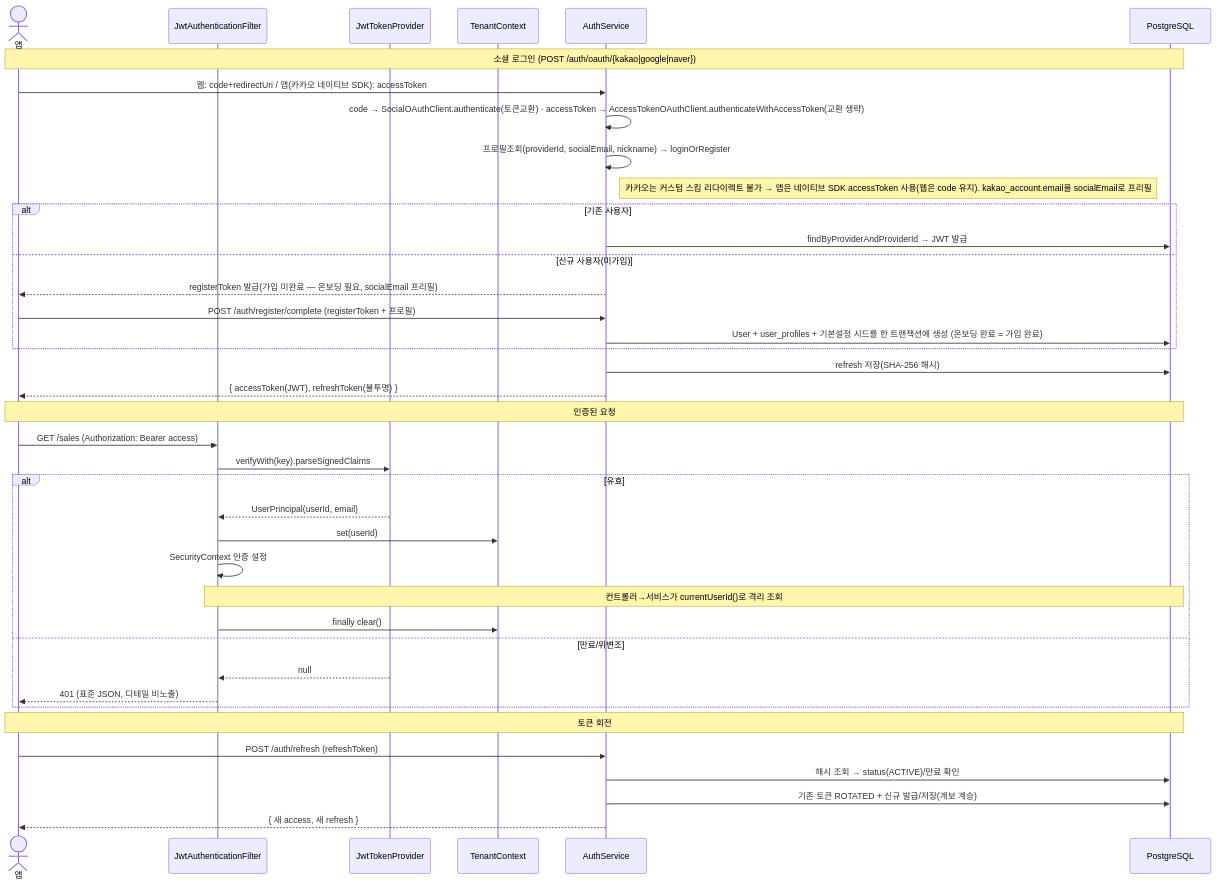
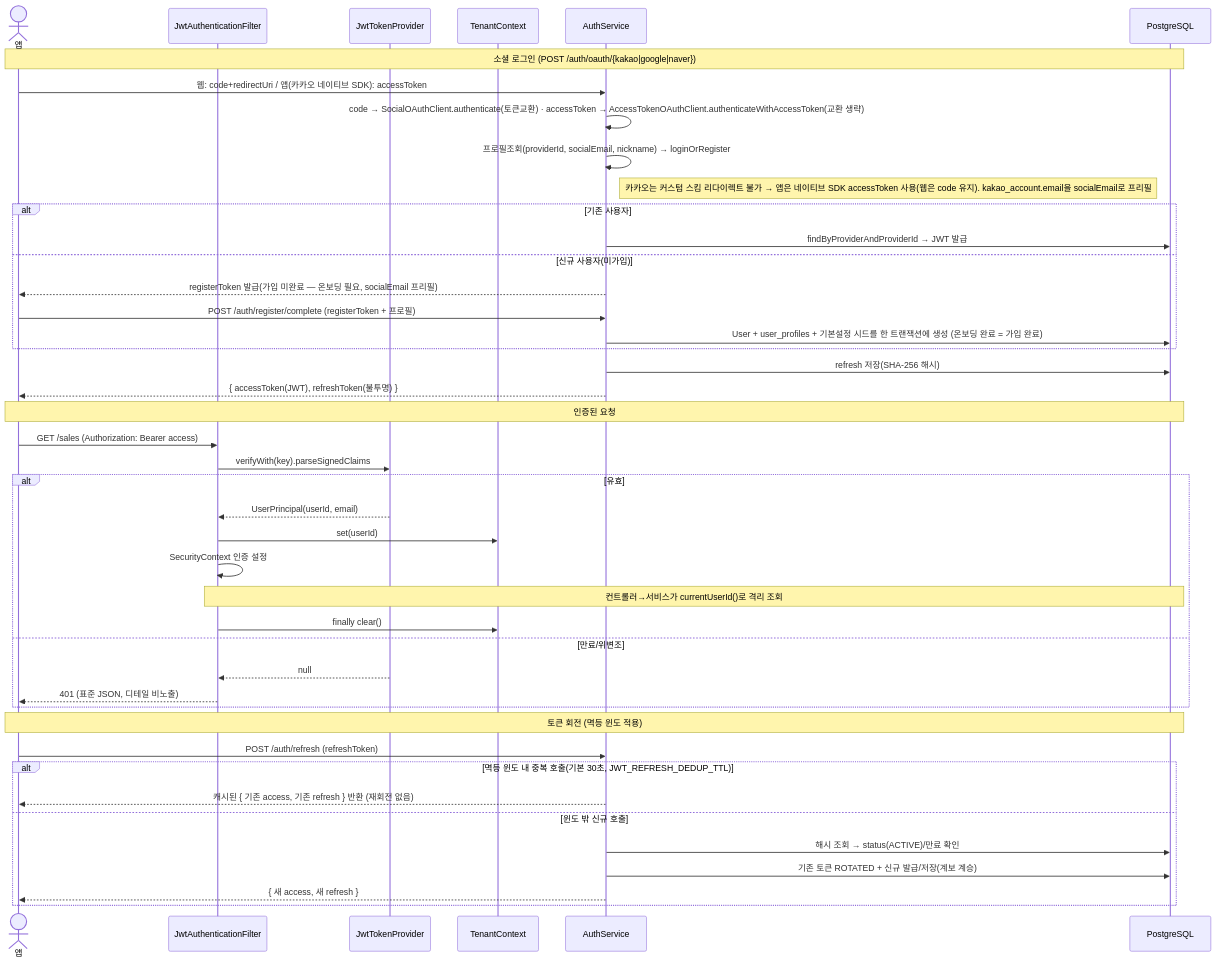
Before and after one commit to flori-ai-kr/api: the fourth of 10 diagrams in docs/ARCHITECTURE.md, drawn with Mermaid. The commit also changed other lines of this file and 9 other files, not shown here.

````diff
--- a/docs/ARCHITECTURE.md
+++ b/docs/ARCHITECTURE.md
@@ -273,44 +273,48 @@
 ```mermaid
 sequenceDiagram
     actor U as 앱
     participant F as JwtAuthenticationFilter
     participant TP as JwtTokenProvider
     participant TC as TenantContext
     participant AS as AuthService
     participant DB as PostgreSQL
 
     Note over U,DB: 소셜 로그인 (POST /auth/oauth/{kakao|google|naver})
     U->>AS: 웹: code+redirectUri / 앱(카카오 네이티브 SDK): accessToken
     AS->>AS: code → SocialOAuthClient.authenticate(토큰교환) · accessToken → AccessTokenOAuthClient.authenticateWithAccessToken(교환 생략)
     AS->>AS: 프로필조회(providerId, socialEmail, nickname) → loginOrRegister
     Note right of AS: 카카오는 커스텀 스킴 리다이렉트 불가 → 앱은 네이티브 SDK accessToken 사용(웹은 code 유지). kakao_account.email을 socialEmail로 프리필
     alt 기존 사용자
         AS->>DB: findByProviderAndProviderId → JWT 발급
     else 신규 사용자(미가입)
         AS-->>U: registerToken 발급(가입 미완료 — 온보딩 필요, socialEmail 프리필)
         U->>AS: POST /auth/register/complete (registerToken + 프로필)
         AS->>DB: User + user_profiles + 기본설정 시드를 한 트랜잭션에 생성 (온보딩 완료 = 가입 완료)
     end
     AS->>DB: refresh 저장(SHA-256 해시)
     AS-->>U: { accessToken(JWT), refreshToken(불투명) }
 
     Note over U,DB: 인증된 요청
     U->>F: GET /sales (Authorization: Bearer access)
     F->>TP: verifyWith(key).parseSignedClaims
     alt 유효
         TP-->>F: UserPrincipal(userId, email)
         F->>TC: set(userId)
         F->>F: SecurityContext 인증 설정
         Note over F,DB: 컨트롤러→서비스가 currentUserId()로 격리 조회
         F->>TC: finally clear()
     else 만료/위변조
         TP-->>F: null
         F-->>U: 401 (표준 JSON, 디테일 비노출)
     end
 
-    Note over U,DB: 토큰 회전
+    Note over U,DB: 토큰 회전 (멱등 윈도 적용)
     U->>AS: POST /auth/refresh (refreshToken)
-    AS->>DB: 해시 조회 → status(ACTIVE)/만료 확인
-    AS->>DB: 기존 토큰 ROTATED + 신규 발급/저장(계보 계승)
-    AS-->>U: { 새 access, 새 refresh }
+    alt 멱등 윈도 내 중복 호출(기본 30초, JWT_REFRESH_DEDUP_TTL)
+        AS-->>U: 캐시된 { 기존 access, 기존 refresh } 반환 (재회전 없음)
+    else 윈도 밖 신규 호출
+        AS->>DB: 해시 조회 → status(ACTIVE)/만료 확인
+        AS->>DB: 기존 토큰 ROTATED + 신규 발급/저장(계보 계승)
+        AS-->>U: { 새 access, 새 refresh }
+    end
 ```
````
